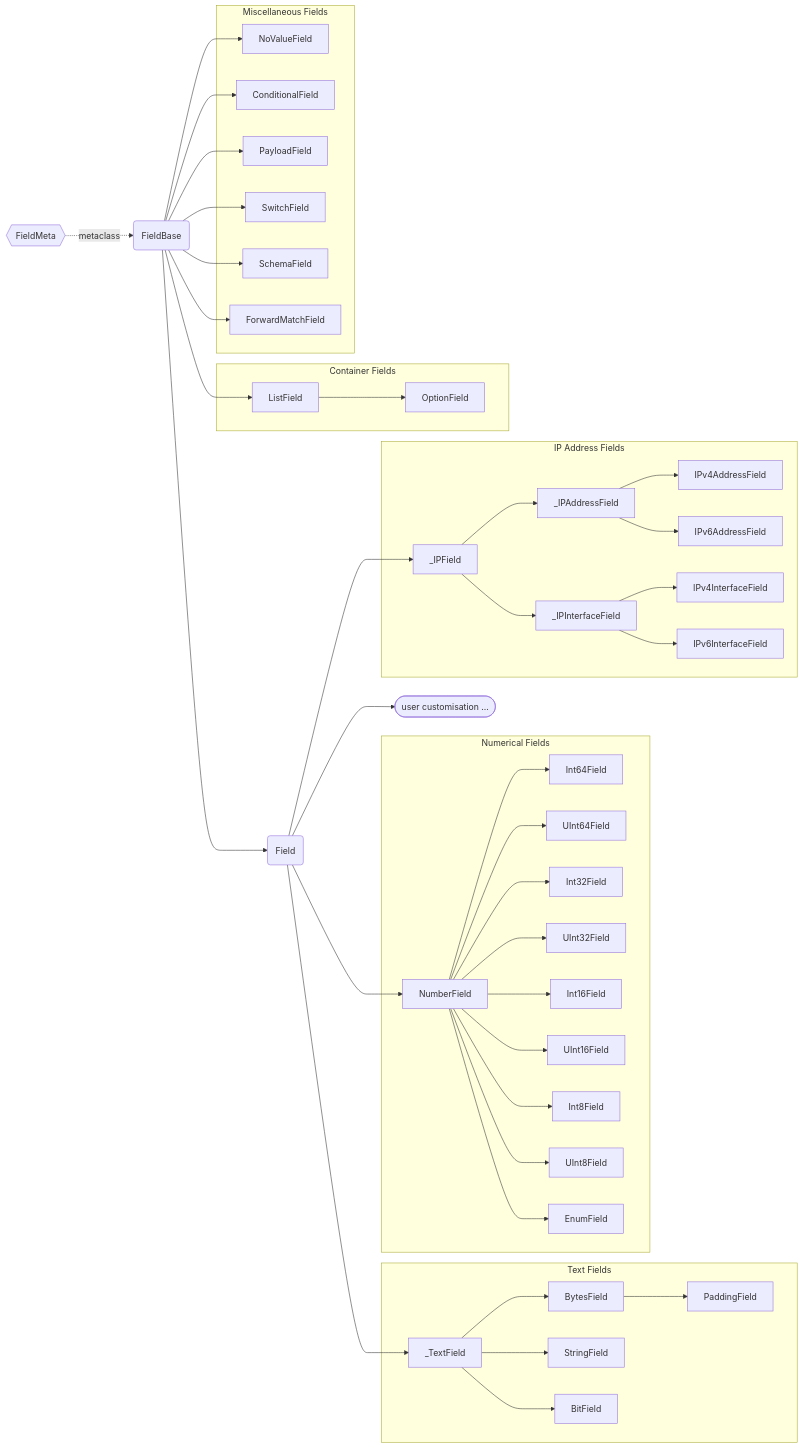
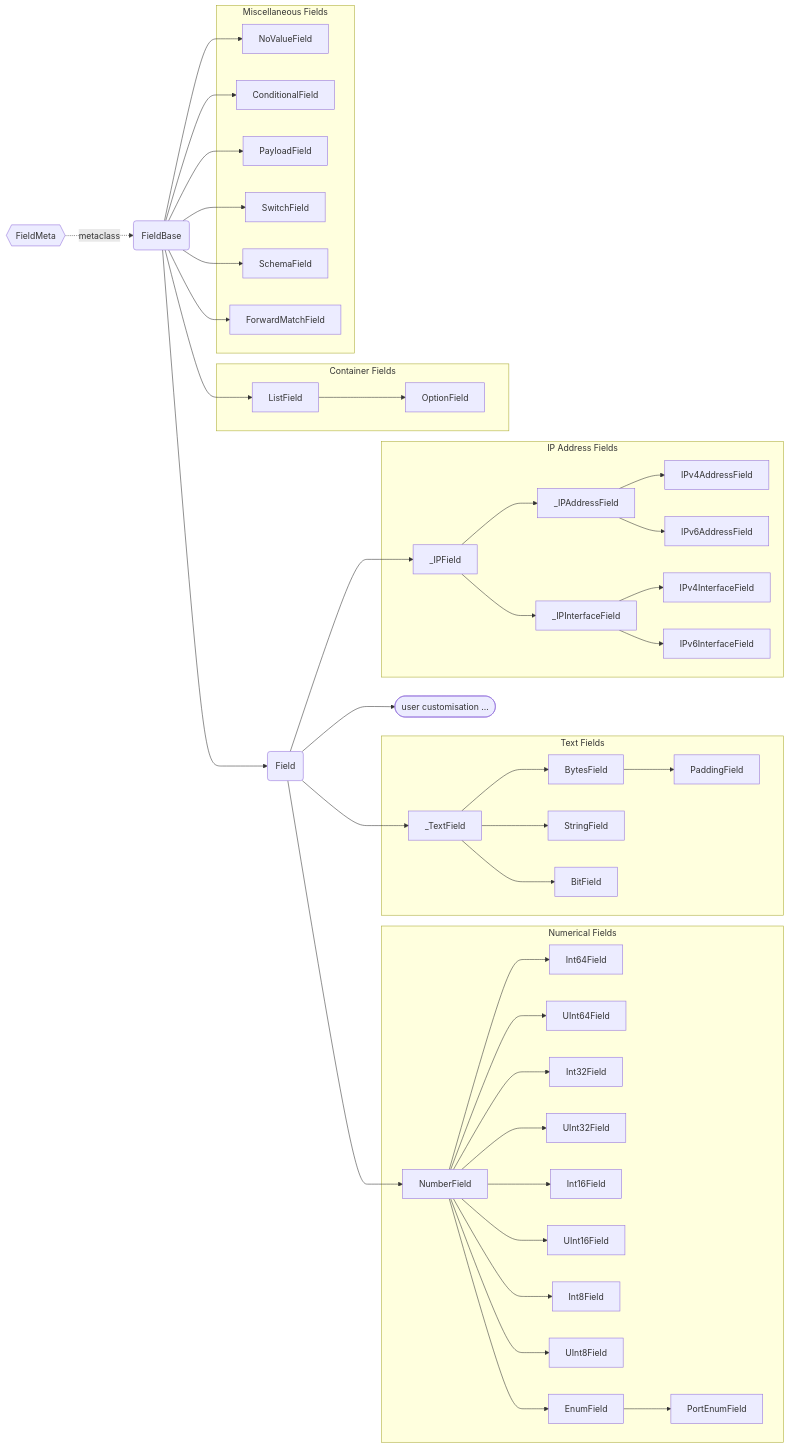
Before and after one commit to JarryShaw/PyPCAPKit: the diagram in docs/source/pcapkit/corekit/fields/index.rst, drawn with Mermaid. The commit also changed 12 other files, not shown here.

First line of the commit message:
refactor(corekit): share one PortEnumField across TCP, UDP and SCTP (#1516)

```diff
--- a/docs/source/pcapkit/corekit/fields/index.rst
+++ b/docs/source/pcapkit/corekit/fields/index.rst
@@ -34,6 +34,7 @@
            NumberField --> Int16Field & UInt16Field
            NumberField --> Int8Field & UInt8Field
            NumberField --> EnumField
+           EnumField --> PortEnumField
        end
        C --> NumberField
 
@@ -87,6 +88,7 @@
        click Int8Field "/pcapkit/corekit/fields/numbers.html#pcapkit.corekit.fields.numbers.Int8Field"
        click UInt8Field "/pcapkit/corekit/fields/numbers.html#pcapkit.corekit.fields.numbers.UInt8Field"
        click EnumField "/pcapkit/corekit/fields/numbers.html#pcapkit.corekit.fields.numbers.EnumField"
+       click PortEnumField "/pcapkit/corekit/fields/numbers.html#pcapkit.corekit.fields.numbers.PortEnumField"
 
        click _TextField "/pcapkit/corekit/fields/strings.html#pcapkit.corekit.fields.strings._TextField"
        click BytesField "/pcapkit/corekit/fields/strings.html#pcapkit.corekit.fields.strings.BytesField"
```
